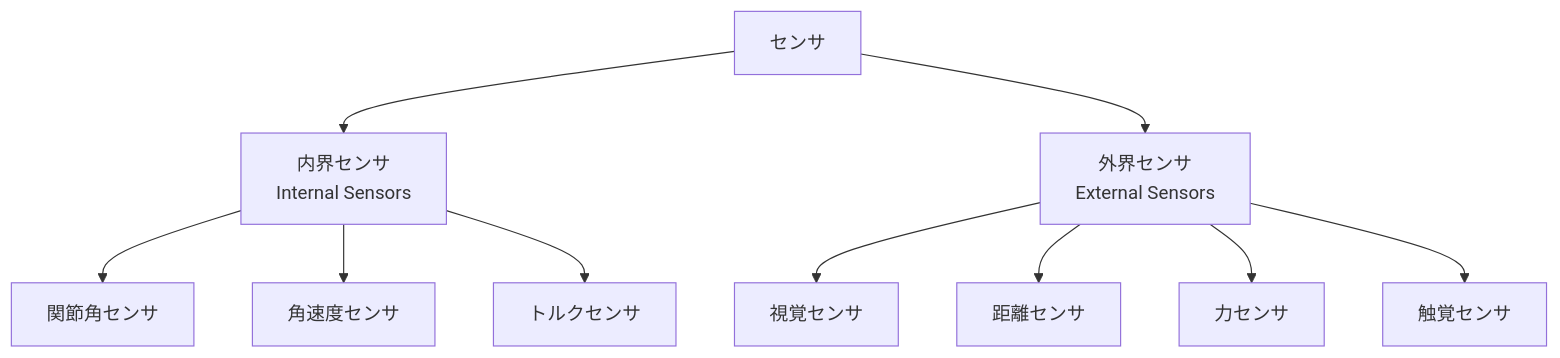
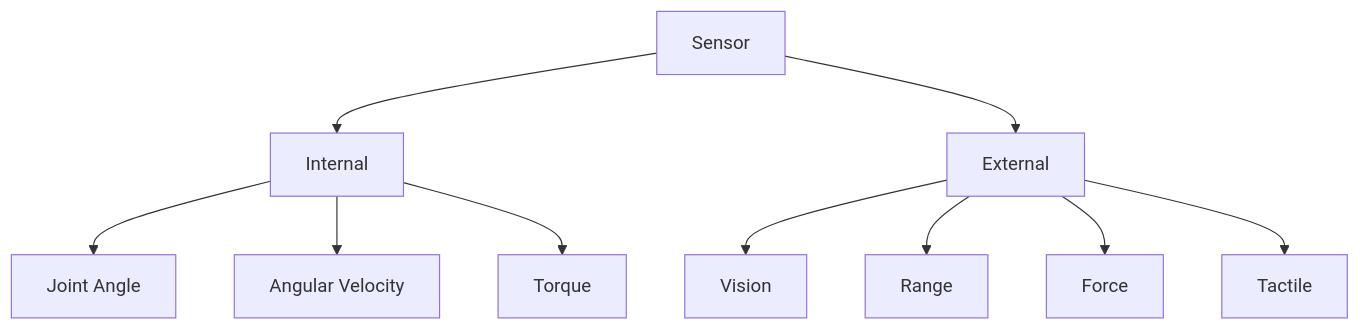
Before and after one commit to fit-ime-cao/keisoku-kogaku: the first of 2 diagrams in docs/weeks/week-01.md, drawn with Mermaid. The commit also changed other lines of this file and 1 other file, not shown here.

Commit message:
Fix Mermaid syntax: use English labels

````diff
--- a/docs/weeks/week-01.md
+++ b/docs/weeks/week-01.md
@@ -75,14 +75,12 @@
 ```mermaid
 graph TD
-    A[センサ] --> B[内界センサ<br/>Internal Sensors]
-    A --> C[外界センサ<br/>External Sensors]
-    
-    B --> D[関節角センサ]
-    B --> E[角速度センサ]
-    B --> F[トルクセンサ]
-    
-    C --> G[視覚センサ]
-    C --> H[距離センサ]
-    C --> I[力センサ]
-    C --> J[触覚センサ]
+    A[Sensor] --> B[Internal]
+    A --> C[External]
+    B --> D[Joint Angle]
+    B --> E[Angular Velocity]
+    B --> F[Torque]
+    C --> G[Vision]
+    C --> H[Range]
+    C --> I[Force]
+    C --> J[Tactile]
 ```
````
